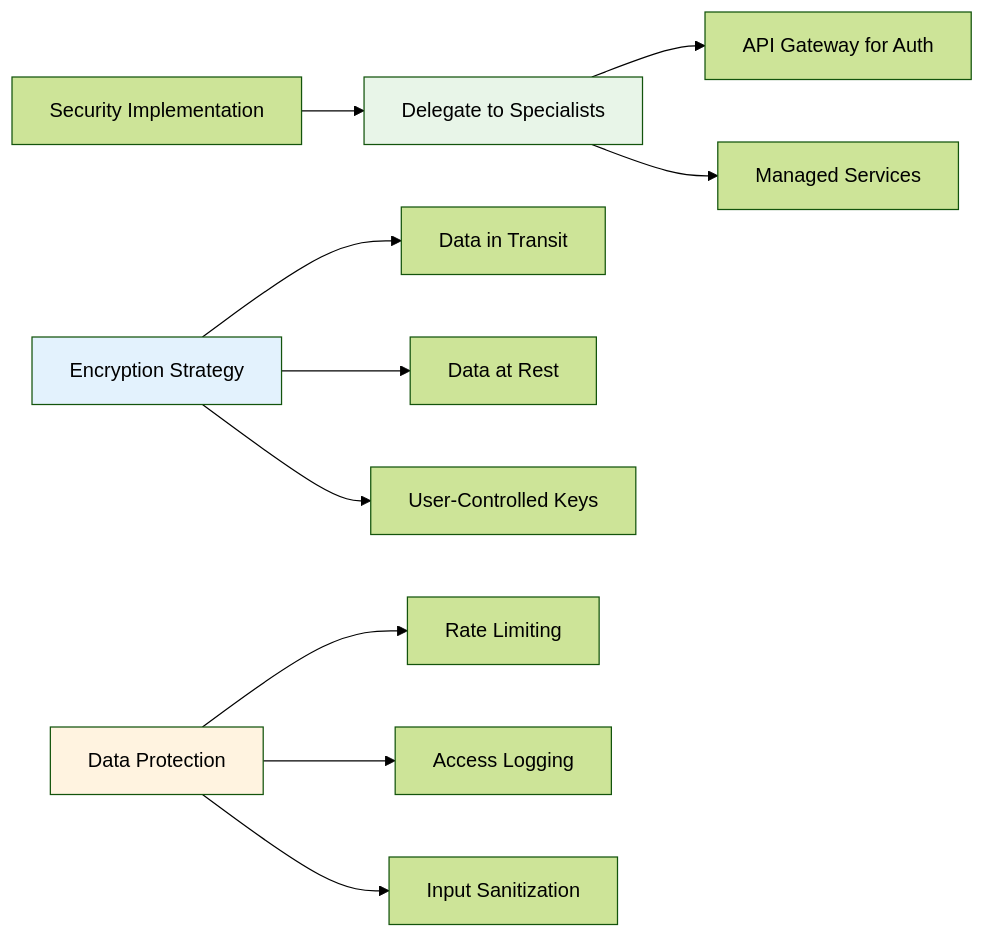
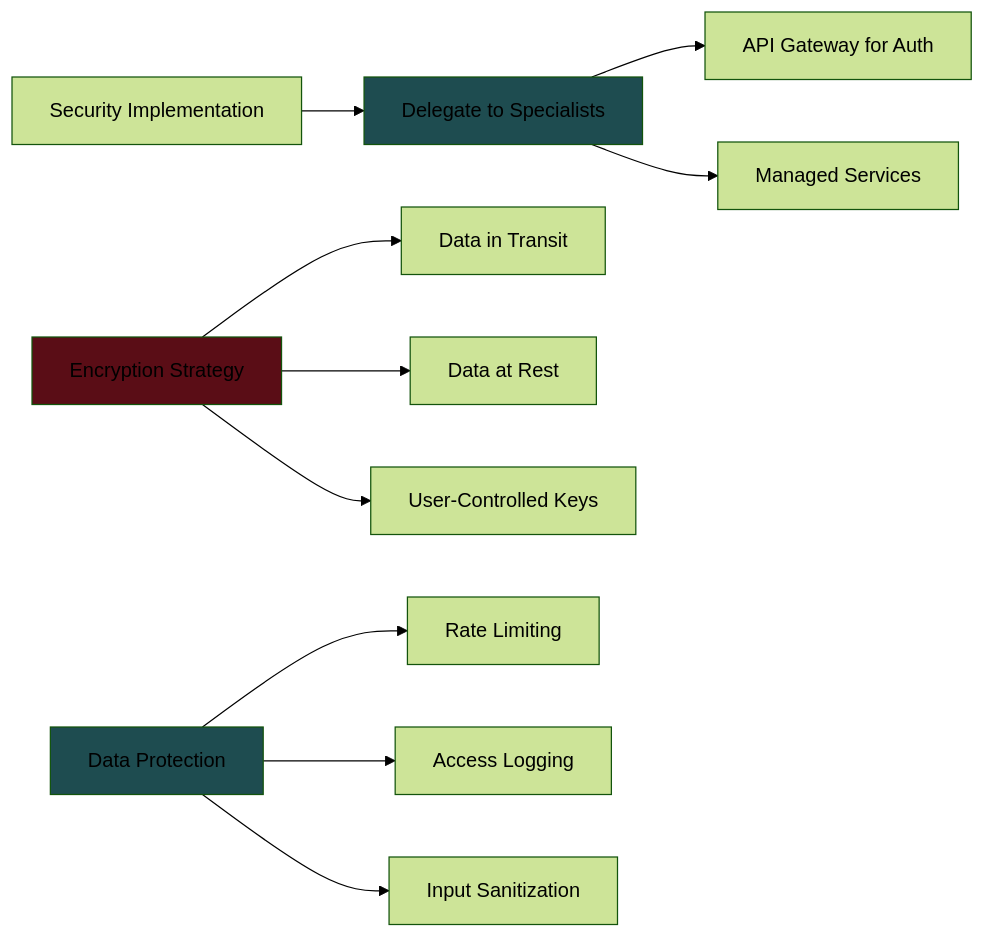
Before and after one commit to ahmedrzakhan/system-design-notes: diagram 15 of 21 in fundamentals/core_concepts.md, drawn with Mermaid (forest theme). The commit also changed other lines of this file, not shown here.

````diff
--- a/fundamentals/core_concepts.md
+++ b/fundamentals/core_concepts.md
@@ -396,18 +396,18 @@
 ```mermaid
 flowchart LR
     A[Security Implementation] --> B[Delegate to Specialists]
     B --> C[API Gateway for Auth]
     B --> D[Managed Services]
 
     E[Encryption Strategy] --> F[Data in Transit]
     E --> G[Data at Rest]
     E --> H[User-Controlled Keys]
 
     I[Data Protection] --> J[Rate Limiting]
     I --> K[Access Logging]
     I --> L[Input Sanitization]
 
-    style B fill:#e8f5e8
-    style E fill:#e3f2fd
-    style I fill:#fff3e0
+    style B fill:#1E4C50
+    style E fill:#5A0D16
+    style I fill:#1E4C50
 ```
````
